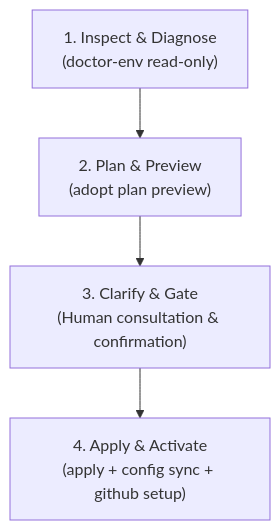
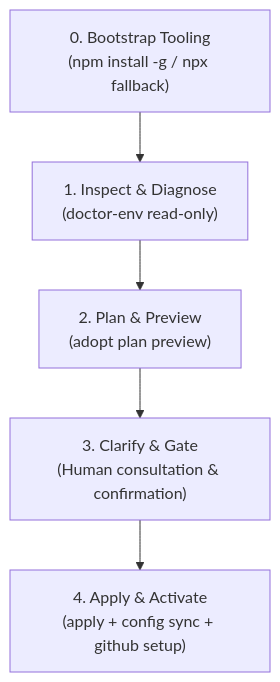
One commit to smota/agentflow-sdlc changed the diagram in docs/assisted-onboarding.md. Above: the diagram before and after it, drawn with Mermaid. The commit also changed other lines of this file and 4 other files, not shown here.

````diff
--- a/docs/assisted-onboarding.md
+++ b/docs/assisted-onboarding.md
@@ -31,6 +47,7 @@
 ```mermaid
 flowchart TD
-  S1["1. Inspect & Diagnose\n(doctor-env read-only)"] --> S2["2. Plan & Preview\n(adopt plan preview)"]
+  S0["0. Bootstrap Tooling\n(npm install -g / npx fallback)"] --> S1["1. Inspect & Diagnose\n(doctor-env read-only)"]
+  S1 --> S2["2. Plan & Preview\n(adopt plan preview)"]
   S2 --> S3["3. Clarify & Gate\n(Human consultation & confirmation)"]
   S3 --> S4["4. Apply & Activate\n(apply + config sync + github setup)"]
 ```
````
